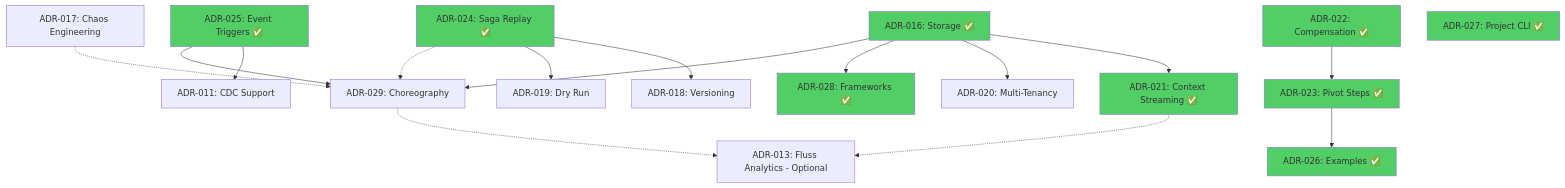
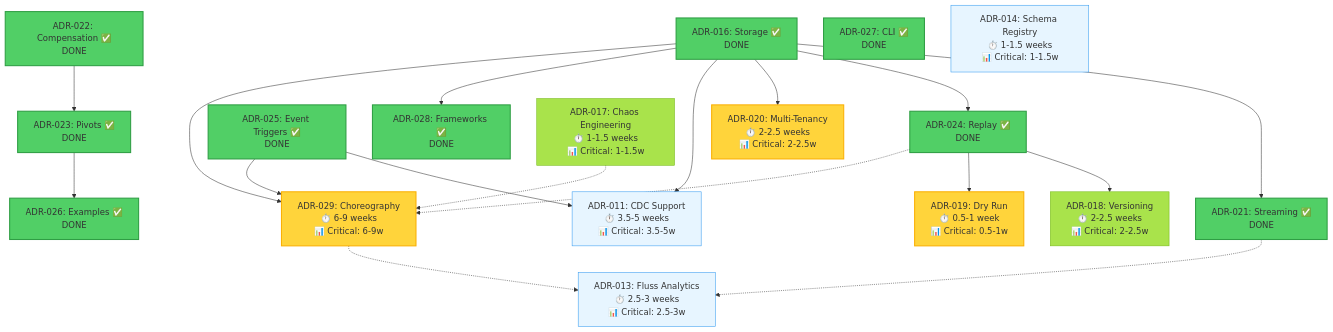
One commit to brunolnetto/sagaz changed the second of 2 diagrams in docs/architecture/adr-roadmap-dependencies.md. Above: the diagram before and after it, drawn with Mermaid. The commit also changed other lines of this file and 16 other files, not shown here.

````diff
--- a/docs/architecture/adr-roadmap-dependencies.md
+++ b/docs/architecture/adr-roadmap-dependencies.md
@@ -67,47 +87,71 @@
 ```mermaid
 graph TD
-    %% Streaming dependencies (ADR-021 requires ADR-016)
-    ADR016[ADR-016: Storage ✅] --> ADR021[ADR-021: Context Streaming ✅]
+    %% Implemented ADRs (no duration needed)
+    ADR016["ADR-016: Storage ✅<br/>DONE"]
+    ADR021["ADR-021: Streaming ✅<br/>DONE"]
+    ADR022["ADR-022: Compensation ✅<br/>DONE"]
+    ADR023["ADR-023: Pivots ✅<br/>DONE"]
+    ADR024["ADR-024: Replay ✅<br/>DONE"]
+    ADR025["ADR-025: Event Triggers ✅<br/>DONE"]
+    ADR026["ADR-026: Examples ✅<br/>DONE"]
+    ADR027["ADR-027: CLI ✅<br/>DONE"]
+    ADR028["ADR-028: Frameworks ✅<br/>DONE"]
     
-    %% Event triggers (independent, but enhances CDC and Choreography)
-    ADR025[ADR-025: Event Triggers ✅] --> ADR011[ADR-011: CDC Support]
-    ADR025 --> ADR029[ADR-029: Choreography]
+    %% Proposed ADRs with durations (AI-supported estimates)
+    ADR011["ADR-011: CDC Support<br/>⏱️ 3.5-5 weeks<br/>📊 Critical: 3.5-5w"]
+    ADR013["ADR-013: Fluss Analytics<br/>⏱️ 2.5-3 weeks<br/>📊 Critical: 2.5-3w"]
+    ADR014["ADR-014: Schema Registry<br/>⏱️ 1-1.5 weeks<br/>📊 Critical: 1-1.5w"]
+    ADR017["ADR-017: Chaos Engineering<br/>⏱️ 1-1.5 weeks<br/>📊 Critical: 1-1.5w"]
+    ADR018["ADR-018: Versioning<br/>⏱️ 2-2.5 weeks<br/>📊 Critical: 2-2.5w"]
+    ADR019["ADR-019: Dry Run<br/>⏱️ 0.5-1 week<br/>📊 Critical: 0.5-1w"]
+    ADR020["ADR-020: Multi-Tenancy<br/>⏱️ 2-2.5 weeks<br/>📊 Critical: 2-2.5w"]
+    ADR029["ADR-029: Choreography<br/>⏱️ 6-9 weeks<br/>📊 Critical: 6-9w"]
     
-    %% Replay chain
-    ADR024[ADR-024: Saga Replay ✅] --> ADR018[ADR-018: Versioning]
-    ADR024 --> ADR019[ADR-019: Dry Run]
-    
-    %% Multi-tenancy requires storage
-    ADR016 --> ADR020[ADR-020: Multi-Tenancy]
-    
-    %% Analytics is independent - optional enhancement for streaming or choreography events
-    ADR021 -.-> ADR013[ADR-013: Fluss Analytics - Optional]
-    ADR029 -.-> ADR013
-    
-    %% Framework integration requires storage
-    ADR016 --> ADR028[ADR-028: Frameworks ✅]
-    
-    %% Choreography requires storage + triggers (Analytics is optional synergy)
+    %% Storage dependencies
+    ADR016 --> ADR021
+    ADR016 --> ADR024
+    ADR016 --> ADR020
+    ADR016 --> ADR011
+    ADR016 --> ADR028
     ADR016 --> ADR029
     
-    %% Pivot chain (independent of streaming!)
-    ADR022[ADR-022: Compensation ✅] --> ADR023[ADR-023: Pivot Steps ✅]
-    ADR023 --> ADR026[ADR-026: Examples ✅]
+    %% Event trigger dependencies
+    ADR025 --> ADR011
+    ADR025 --> ADR029
     
-    %% Optional synergies with choreography (dotted lines)
-    ADR017[ADR-017: Chaos Engineering] -.-> ADR029
+    %% Compensation chain
+    ADR022 --> ADR023
+    ADR023 --> ADR026
+    
+    %% Replay dependencies
+    ADR024 --> ADR018
+    ADR024 --> ADR019
+    
+    %% Optional synergies (dotted lines)
+    ADR021 -.-> ADR013
+    ADR029 -.-> ADR013
+    ADR017 -.-> ADR029
     ADR024 -.-> ADR029
     
-    style ADR016 fill:#51cf66
-    style ADR022 fill:#51cf66
-    style ADR023 fill:#51cf66
-    style ADR026 fill:#51cf66
-    style ADR028 fill:#51cf66
-    style ADR025 fill:#51cf66
-    style ADR027 fill:#51cf66
-    style ADR021 fill:#51cf66
-    style ADR024 fill:#51cf66
-
-    %% Independent
-    ADR027[ADR-027: Project CLI ✅]
+    %% Styling
+    style ADR016 fill:#51cf66,stroke:#2f9e44,stroke-width:2px
+    style ADR021 fill:#51cf66,stroke:#2f9e44,stroke-width:2px
+    style ADR022 fill:#51cf66,stroke:#2f9e44,stroke-width:2px
+    style ADR023 fill:#51cf66,stroke:#2f9e44,stroke-width:2px
+    style ADR024 fill:#51cf66,stroke:#2f9e44,stroke-width:2px
+    style ADR025 fill:#51cf66,stroke:#2f9e44,stroke-width:2px
+    style ADR026 fill:#51cf66,stroke:#2f9e44,stroke-width:2px
+    style ADR027 fill:#51cf66,stroke:#2f9e44,stroke-width:2px
+    style ADR028 fill:#51cf66,stroke:#2f9e44,stroke-width:2px
+    
+    style ADR019 fill:#ffd43b,stroke:#fab005,stroke-width:2px
+    style ADR020 fill:#ffd43b,stroke:#fab005,stroke-width:2px
+    style ADR029 fill:#ffd43b,stroke:#fab005,stroke-width:2px
+    
+    style ADR017 fill:#a9e34b,stroke:#74b816,stroke-width:1px
+    style ADR018 fill:#a9e34b,stroke:#74b816,stroke-width:1px
+    
+    style ADR011 fill:#e7f5ff,stroke:#339af0,stroke-width:1px
+    style ADR013 fill:#e7f5ff,stroke:#339af0,stroke-width:1px
+    style ADR014 fill:#e7f5ff,stroke:#339af0,stroke-width:1px
 ```
````
